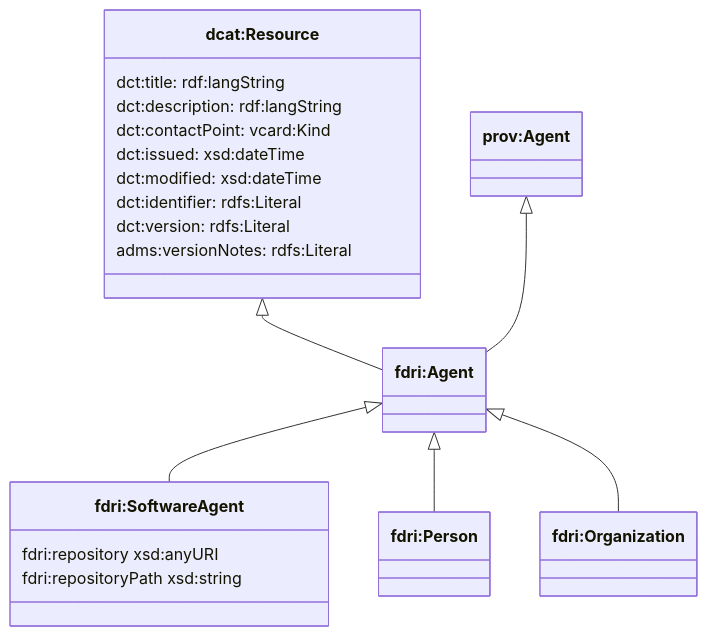
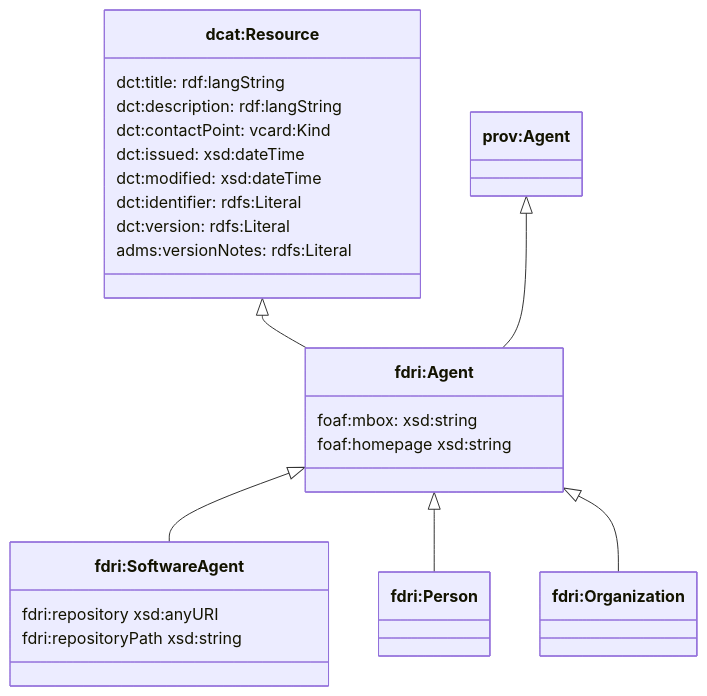
Before and after one commit to NERC-CEH/fdri-ontology: the second of 2 diagrams in doc/provenance-and-activity.md, drawn with Mermaid. The commit also changed other lines of this file and 9 other files, not shown here.

````diff
--- a/doc/provenance-and-activity.md
+++ b/doc/provenance-and-activity.md
@@ -40,30 +55,33 @@
 ```mermaid
 classDiagram
   direction BT
   class ProvAgent["prov:Agent"]
-  class Agent["fdri:Agent"]
+  class Agent["fdri:Agent"] {
+    foaf:mbox: xsd:string
+    foaf:homepage xsd:string
+  }
   class SoftwareAgent["fdri:SoftwareAgent"] {
     fdri:repository xsd:anyURI
     fdri:repositoryPath xsd:string
   }
   class CatalogResource["dcat:Resource"] {
     dct:title: rdf:langString
     dct:description: rdf:langString
 
     dct:contactPoint: vcard:Kind
 
     dct:issued: xsd:dateTime
     dct:modified: xsd:dateTime
     dct:identifier: rdfs:Literal
 
     dct:version: rdfs:Literal
     adms:versionNotes: rdfs:Literal
   }
   class Person["fdri:Person"]
   class Organization["fdri:Organization"]
   SoftwareAgent --|> Agent
   Person --|> Agent
   Organization --|> Agent
   Agent --|> CatalogResource
   Agent --|> ProvAgent
 ```
````
